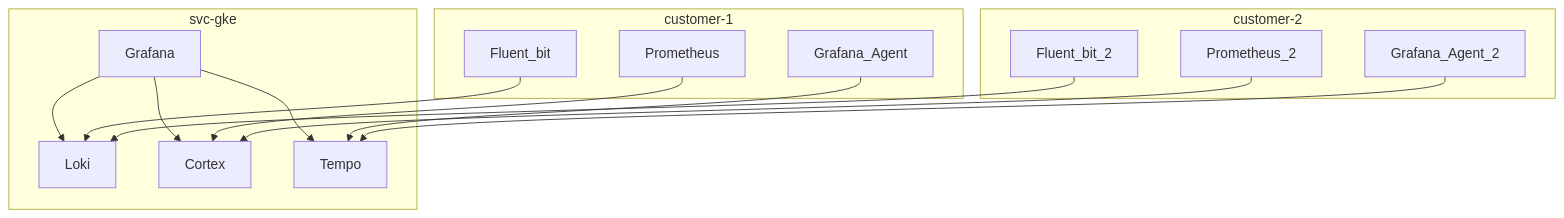
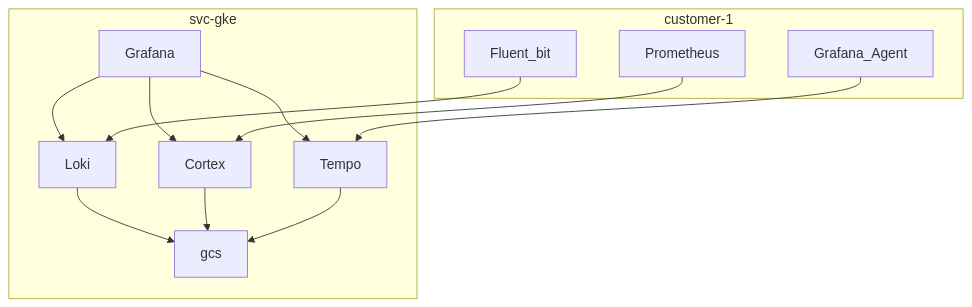
Before and after one commit to edwardwu/gitrepo: the first of 2 diagrams in diagrams/examples/monitor.md, drawn with Mermaid.

Commit message:
add monitor.md - add gcs

````diff
--- a/diagrams/examples/monitor.md
+++ b/diagrams/examples/monitor.md
@@ -1,18 +1,13 @@
 ```mermaid
 flowchart TB
     subgraph svc-gke
-    Grafana-->Loki
-    Grafana-->Cortex
-    Grafana-->Tempo
+    Grafana-->Loki-->gcs
+    Grafana-->Cortex-->gcs
+    Grafana-->Tempo-->gcs
     end
     subgraph customer-1
     Prometheus-->Cortex
     Fluent_bit-->Loki
     Grafana_Agent-->Tempo
     end
-    subgraph customer-2
-    Prometheus_2-->Cortex
-    Fluent_bit_2-->Loki
-    Grafana_Agent_2-->Tempo
-    end
 ```
````
